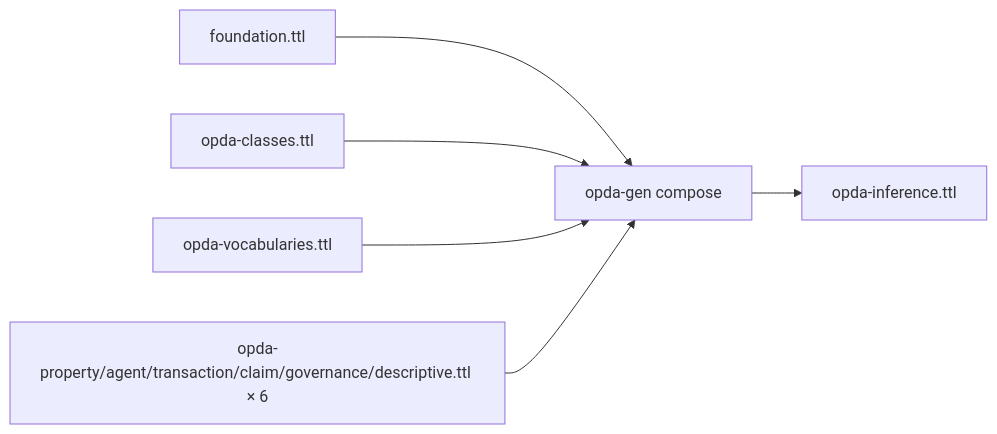
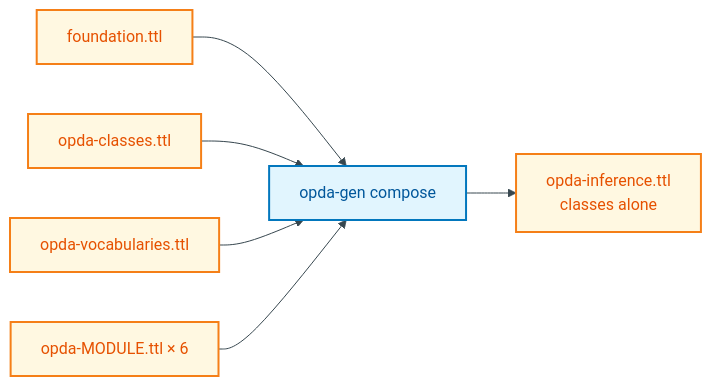
The diagram in docs/manual/physical-database/derived-profiles/opda-inference.md (sparkling/opda), drawn with Mermaid before and after one commit. The commit also changed other lines of this file and 36 other files, not shown here.

First line of the commit message:
docs(manual): Physical-DB tier — per-module breakdown + diagram expansion

````diff
--- a/docs/manual/physical-database/derived-profiles/opda-inference.md
+++ b/docs/manual/physical-database/derived-profiles/opda-inference.md
@@ -11,14 +16,21 @@
 ```mermaid
+%%{init: {"theme": "base", "themeVariables": {"primaryColor": "#FFF8E1", "primaryTextColor": "#E65100", "primaryBorderColor": "#F57F17", "lineColor": "#37474F"}}}%%
 flowchart LR
-    foundation[foundation.ttl]
-    classes[opda-classes.ttl]
-    vocabularies[opda-vocabularies.ttl]
-    modules[opda-property/agent/transaction/claim/governance/descriptive.ttl × 6]
-    composer[opda-gen compose]
-    output[opda-inference.ttl]
+    accTitle: opda-inference composition recipe
+    accDescr: Shows the source TTLs the composer projects into opda-inference - classes only, no shapes or annotations.
+
+    classDef data fill:#FFF8E1,stroke:#F57F17,stroke-width:2px,color:#E65100
+    classDef process fill:#E1F5FE,stroke:#0277BD,stroke-width:2px,color:#01579B
+
+    foundation["foundation.ttl"]:::data
+    classes["opda-classes.ttl"]:::data
+    vocabularies["opda-vocabularies.ttl"]:::data
+    modules["opda-MODULE.ttl × 6"]:::data
+    composer["opda-gen compose"]:::process
+    output["opda-inference.ttl<br/>classes alone"]:::data
     foundation --> composer
     classes --> composer
     vocabularies --> composer
     modules --> composer
     composer --> output
 ```
````
